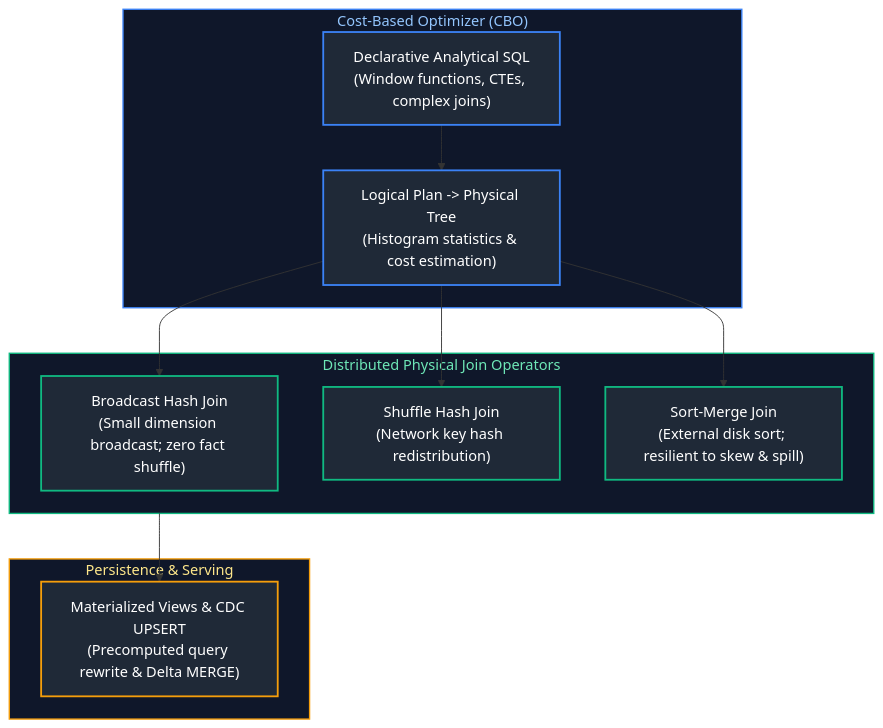
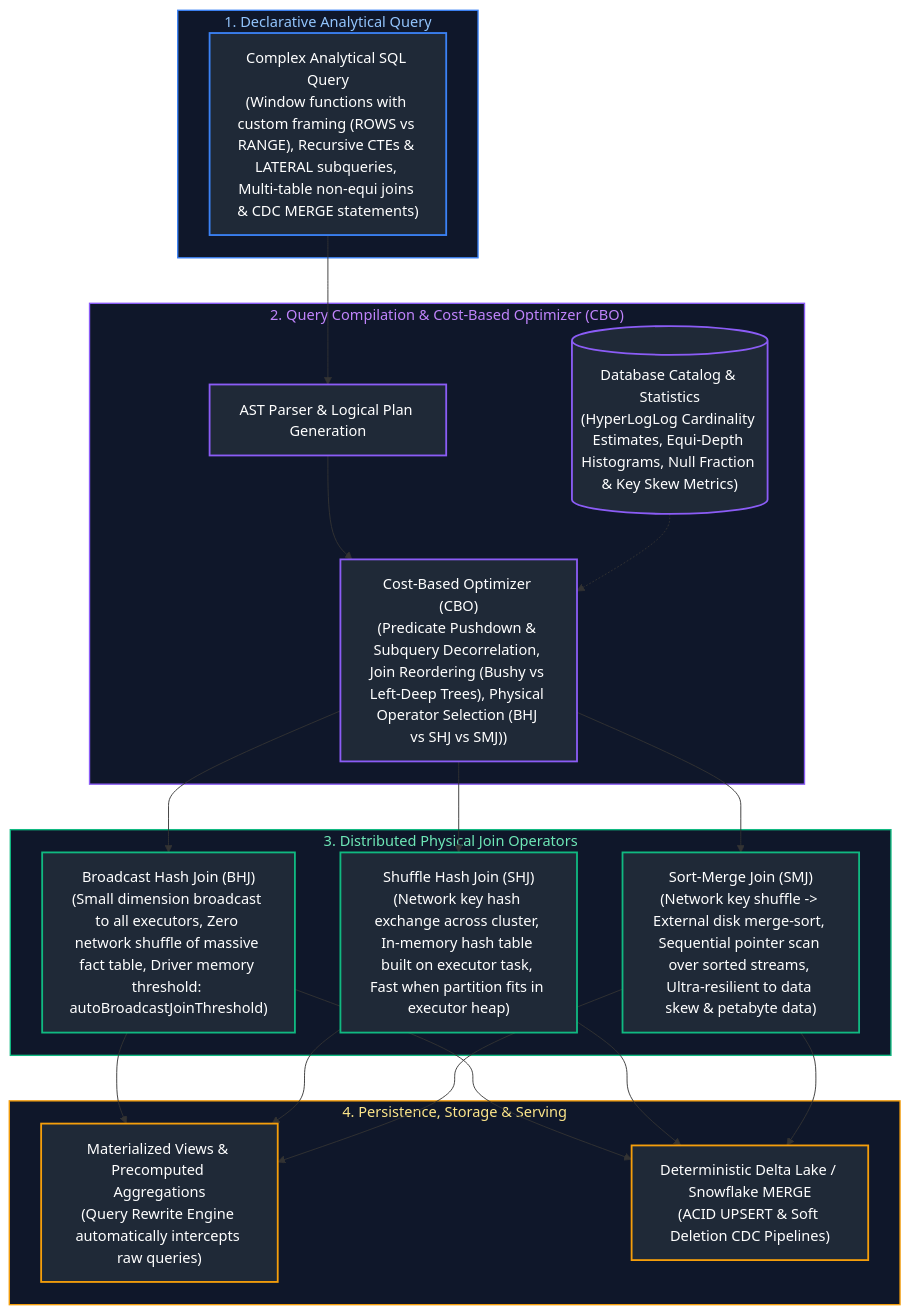
The first of 12 diagrams in Data Engineering/02_advanced_sql.md (joydeep-biswas/Interview-Preparation), drawn with Mermaid before and after one commit. The commit also changed other lines of this file and 143 other files, not shown here.

````diff
--- a/Data Engineering/02_advanced_sql.md
+++ b/Data Engineering/02_advanced_sql.md
@@ -9,31 +9,49 @@
 ```mermaid
 flowchart TD
-    subgraph Optimizer ["Cost-Based Optimizer (CBO)"]
-        SQL["Declarative Analytical SQL<br/>(Window functions, CTEs, complex joins)"]
-        AstCbo["Logical Plan -> Physical Tree<br/>(Histogram statistics & cost estimation)"]
-    end
-    subgraph JoinStrategies ["Distributed Physical Join Operators"]
-        BHJ["Broadcast Hash Join<br/>(Small dimension broadcast; zero fact shuffle)"]
-        SHJ["Shuffle Hash Join<br/>(Network key hash redistribution)"]
-        SMJ["Sort-Merge Join<br/>(External disk sort; resilient to skew & spill)"]
-    end
-    subgraph Materialization ["Persistence & Serving"]
-        MV["Materialized Views & CDC UPSERT<br/>(Precomputed query rewrite & Delta MERGE)"]
+    subgraph ClientQuery ["1. Declarative Analytical Query"]
+        SQL["Complex Analytical SQL Query<br/>(Window functions with custom framing (ROWS vs RANGE), Recursive CTEs & LATERAL subqueries, Multi-table non-equi joins & CDC MERGE statements)"]
     end
 
-    SQL --> AstCbo
-    AstCbo --> BHJ
-    AstCbo --> SHJ
-    AstCbo --> SMJ
-    JoinStrategies --> MV
+    subgraph OptimizerTier ["2. Query Compilation & Cost-Based Optimizer (CBO)"]
+        Parser["AST Parser & Logical Plan Generation"]
+        StatsCatalog[("Database Catalog & Statistics<br/>(HyperLogLog Cardinality Estimates, Equi-Depth Histograms, Null Fraction & Key Skew Metrics)")]
+        CBO["Cost-Based Optimizer (CBO)<br/>(Predicate Pushdown & Subquery Decorrelation, Join Reordering (Bushy vs Left-Deep Trees), Physical Operator Selection (BHJ vs SHJ vs SMJ))"]
+        
+        SQL --> Parser
+        Parser --> CBO
+        StatsCatalog -.-> CBO
+    end
 
-    style Optimizer fill:#0f172a,stroke:#3b82f6,stroke-width:1.5px,color:#93c5fd
-    style JoinStrategies fill:#0f172a,stroke:#10b981,stroke-width:1.5px,color:#6ee7b7
-    style Materialization fill:#0f172a,stroke:#f59e0b,stroke-width:1.5px,color:#fde68a
+    subgraph PhysicalExecutionTier ["3. Distributed Physical Join Operators"]
+        BHJ["Broadcast Hash Join (BHJ)<br/>(Small dimension broadcast to all executors, Zero network shuffle of massive fact table, Driver memory threshold: autoBroadcastJoinThreshold)"]
+        SHJ["Shuffle Hash Join (SHJ)<br/>(Network key hash exchange across cluster, In-memory hash table built on executor task, Fast when partition fits in executor heap)"]
+        SMJ["Sort-Merge Join (SMJ)<br/>(Network key shuffle -> External disk merge-sort, Sequential pointer scan over sorted streams, Ultra-resilient to data skew & petabyte data)"]
+        
+        CBO --> BHJ
+        CBO --> SHJ
+        CBO --> SMJ
+    end
+
+    subgraph MaterializationTier ["4. Persistence, Storage & Serving"]
+        MV["Materialized Views & Precomputed Aggregations<br/>(Query Rewrite Engine automatically intercepts raw queries)"]
+        DeltaMerge["Deterministic Delta Lake / Snowflake MERGE<br/>(ACID UPSERT & Soft Deletion CDC Pipelines)"]
+        
+        BHJ & SHJ & SMJ --> MV
+        BHJ & SHJ & SMJ --> DeltaMerge
+    end
+
+    style ClientQuery fill:#0f172a,stroke:#3b82f6,stroke-width:1.5px,color:#93c5fd
+    style OptimizerTier fill:#0f172a,stroke:#8b5cf6,stroke-width:1.5px,color:#c084fc
+    style PhysicalExecutionTier fill:#0f172a,stroke:#10b981,stroke-width:1.5px,color:#6ee7b7
+    style MaterializationTier fill:#0f172a,stroke:#f59e0b,stroke-width:1.5px,color:#fde68a
+
     style SQL fill:#1f2937,stroke:#3b82f6,stroke-width:2px,color:#fff
-    style AstCbo fill:#1f2937,stroke:#3b82f6,stroke-width:2px,color:#fff
+    style Parser fill:#1f2937,stroke:#8b5cf6,stroke-width:2px,color:#fff
+    style StatsCatalog fill:#1f2937,stroke:#8b5cf6,stroke-width:2px,color:#fff
+    style CBO fill:#1f2937,stroke:#8b5cf6,stroke-width:2px,color:#fff
     style BHJ fill:#1f2937,stroke:#10b981,stroke-width:2px,color:#fff
     style SHJ fill:#1f2937,stroke:#10b981,stroke-width:2px,color:#fff
     style SMJ fill:#1f2937,stroke:#10b981,stroke-width:2px,color:#fff
     style MV fill:#1f2937,stroke:#f59e0b,stroke-width:2px,color:#fff
+    style DeltaMerge fill:#1f2937,stroke:#f59e0b,stroke-width:2px,color:#fff
 ```
````
